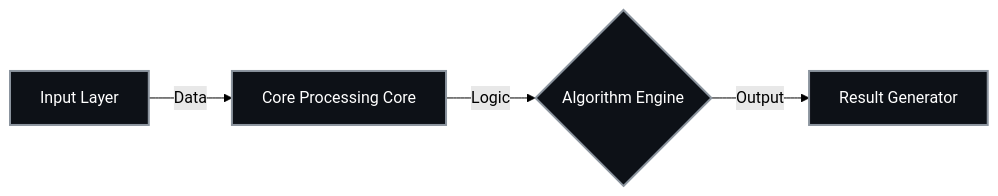
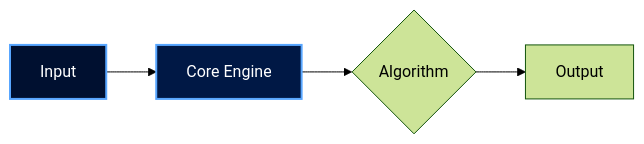
One commit to Nytrynox/Anim-AI-System changed the diagram in README.md. Above: the diagram before and after it, drawn with Mermaid (forest theme). The commit also changed other lines of this file, not shown here.

````diff
--- a/README.md
+++ b/README.md
@@ -28,9 +34,9 @@
 ```mermaid
 graph LR;
-    A["Input Layer"] -->|Data| B["Core Processing Core"];
-    B -->|Logic| C{"Algorithm Engine"};
-    C -->|Output| D["Result Generator"];
-    
-    classDef core fill:#0d1117,stroke:#8b949e,stroke-width:2px,color:#fff;
-    class A,B,C,D core;
+    A["Input"] --> B["Core Engine"];
+    B --> C{"Algorithm"};
+    C --> D["Output"];
+
+    style A fill:#001030,stroke:#58a6ff,stroke-width:2px,color:#fff
+    style B fill:#001845,stroke:#58a6ff,stroke-width:2px,color:#fff
 ```
````
